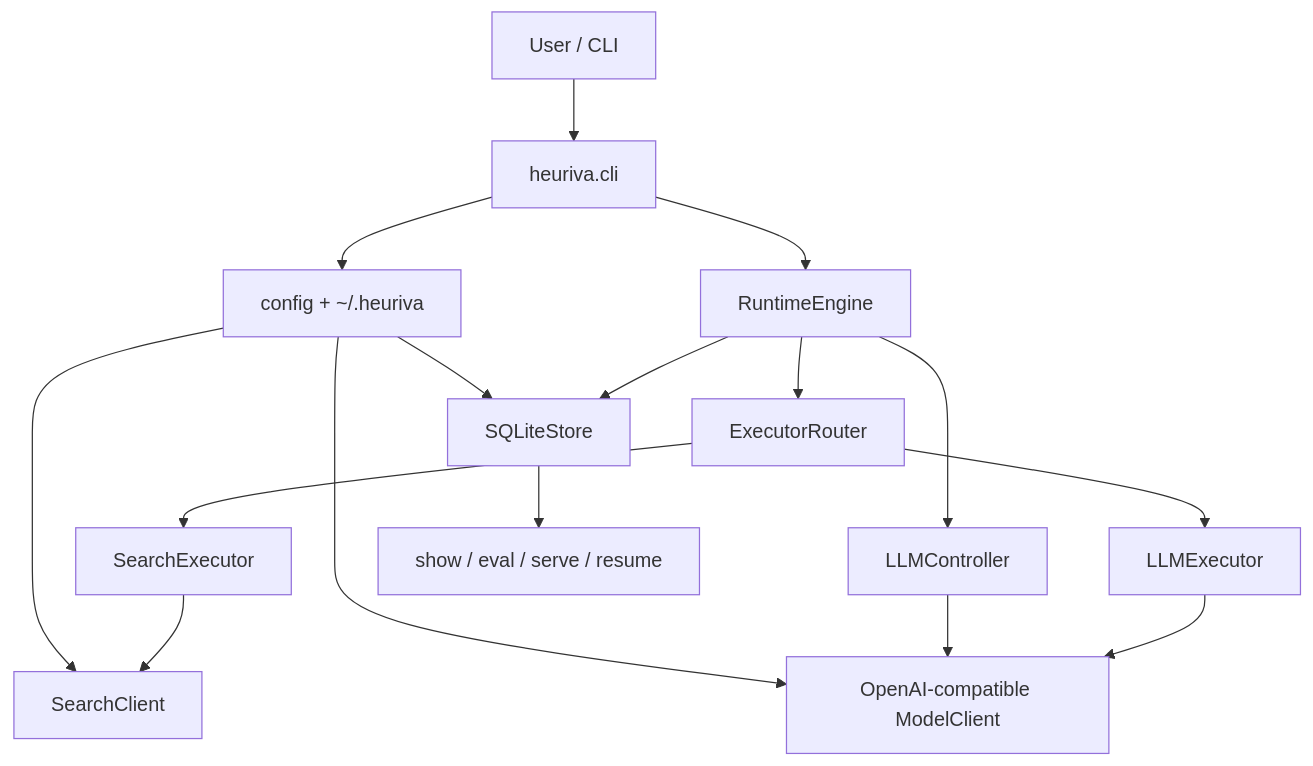
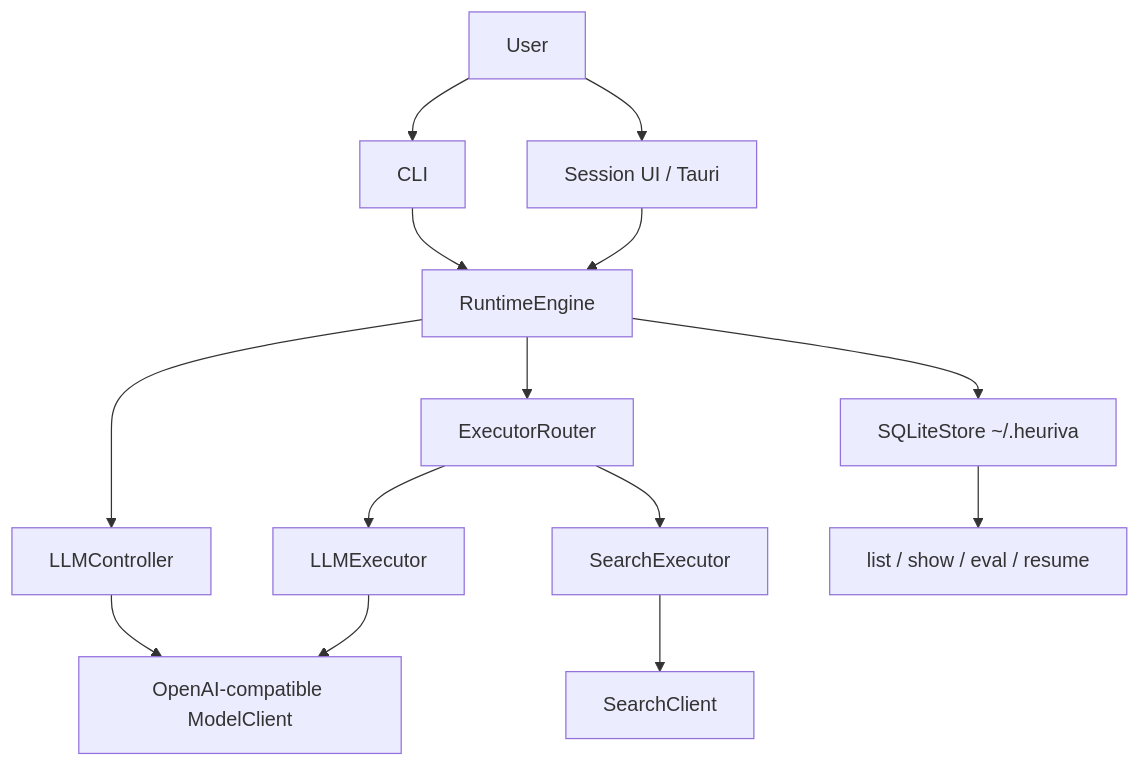
One commit to ingeniousfrog/Heuriva changed the diagram in README.md. Above: the diagram before and after it, drawn with Mermaid. The commit also changed other lines of this file and 1 other file, not shown here.

````diff
--- a/README.md
+++ b/README.md
@@ -95,18 +117,16 @@
 ```mermaid
 flowchart TD
-    User["User / CLI"] --> CLI["heuriva.cli"]
-    CLI --> Config["config + ~/.heuriva"]
+    User["User"] --> CLI["CLI"]
+    User --> Session["Session UI / Tauri"]
     CLI --> Engine["RuntimeEngine"]
-    Config --> Model["OpenAI-compatible ModelClient"]
-    Config --> Search["SearchClient"]
-    Config --> Store["SQLiteStore"]
+    Session --> Engine
     Engine --> Controller["LLMController"]
-    Controller --> Model
     Engine --> Router["ExecutorRouter"]
+    Controller --> Model["OpenAI-compatible ModelClient"]
     Router --> LLMExec["LLMExecutor"]
     Router --> SearchExec["SearchExecutor"]
     LLMExec --> Model
-    SearchExec --> Search
-    Engine --> Store
-    Store --> Inspect["show / eval / serve / resume"]
+    SearchExec --> Search["SearchClient"]
+    Engine --> Store["SQLiteStore ~/.heuriva"]
+    Store --> Inspect["list / show / eval / resume"]
 ```
````
